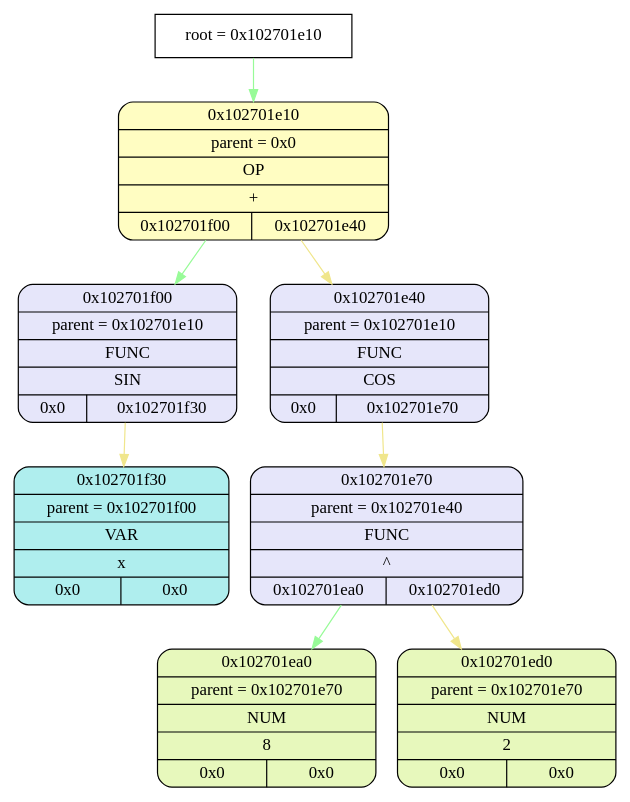
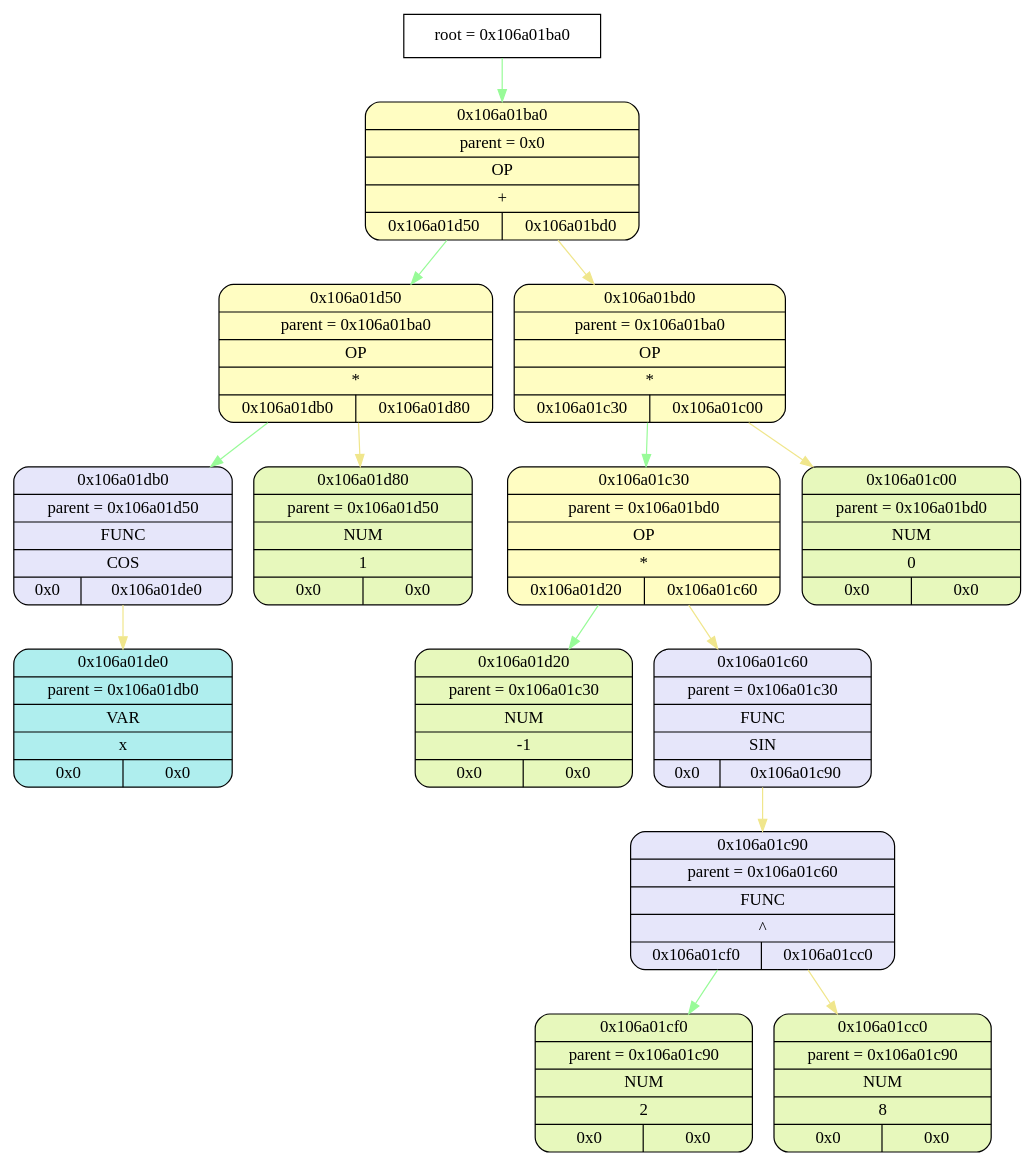
One commit to esgalimov/differentiator changed the diagram in tmp/graphviz.dot. Above: the diagram before and after it, drawn with Graphviz. The commit also changed 9 other files, not shown here.

```diff
--- a/tmp/graphviz.dot
+++ b/tmp/graphviz.dot
@@ -1,26 +1,44 @@
 digraph
 {
-    node_info[shape = record, label = "{root = 0x102701e10}"];
+    node_info[shape = record, label = "{root = 0x106a01ba0}"];
 
-    node_info->node_0x102701e10 [color = "#98FB98"];
-    node_0x102701e10[shape = Mrecord, label = "{{0x102701e10} | {parent =  0x0} | {OP} | {+} | {0x102701f00 | 0x102701e40}}",
+    node_info->node_0x106a01ba0 [color = "#98FB98"];
+    node_0x106a01ba0[shape = Mrecord, label = "{{0x106a01ba0} | {parent =  0x0} | {OP} | {+} | {0x106a01d50 | 0x106a01bd0}}",
                 style="filled", fillcolor="#FFFDC2"];
-    node_0x102701f00[shape = Mrecord, label = "{{0x102701f00} | {parent =  0x102701e10} | {FUNC} | {SIN} | {0x0 | 0x102701f30}}",
+    node_0x106a01d50[shape = Mrecord, label = "{{0x106a01d50} | {parent =  0x106a01ba0} | {OP} | {*} | {0x106a01db0 | 0x106a01d80}}",
+                style="filled", fillcolor="#FFFDC2"];
+    node_0x106a01db0[shape = Mrecord, label = "{{0x106a01db0} | {parent =  0x106a01d50} | {FUNC} | {COS} | {0x0 | 0x106a01de0}}",
                 style="filled", fillcolor="#E6E6FA"];
-    node_0x102701f30[shape = Mrecord, label = "{{0x102701f30} | {parent =  0x102701f00} | {VAR} | {x} | {0x0 | 0x0}}",
+    node_0x106a01de0[shape = Mrecord, label = "{{0x106a01de0} | {parent =  0x106a01db0} | {VAR} | {x} | {0x0 | 0x0}}",
                 style="filled", fillcolor="#AFEEEE"];
-    node_0x102701e40[shape = Mrecord, label = "{{0x102701e40} | {parent =  0x102701e10} | {FUNC} | {COS} | {0x0 | 0x102701e70}}",
+    node_0x106a01d80[shape = Mrecord, label = "{{0x106a01d80} | {parent =  0x106a01d50} | {NUM} | {1} | {0x0 | 0x0}}",
+                style="filled", fillcolor="#E7F8BC"];
+    node_0x106a01bd0[shape = Mrecord, label = "{{0x106a01bd0} | {parent =  0x106a01ba0} | {OP} | {*} | {0x106a01c30 | 0x106a01c00}}",
+                style="filled", fillcolor="#FFFDC2"];
+    node_0x106a01c30[shape = Mrecord, label = "{{0x106a01c30} | {parent =  0x106a01bd0} | {OP} | {*} | {0x106a01d20 | 0x106a01c60}}",
+                style="filled", fillcolor="#FFFDC2"];
+    node_0x106a01d20[shape = Mrecord, label = "{{0x106a01d20} | {parent =  0x106a01c30} | {NUM} | {-1} | {0x0 | 0x0}}",
+                style="filled", fillcolor="#E7F8BC"];
+    node_0x106a01c60[shape = Mrecord, label = "{{0x106a01c60} | {parent =  0x106a01c30} | {FUNC} | {SIN} | {0x0 | 0x106a01c90}}",
                 style="filled", fillcolor="#E6E6FA"];
-    node_0x102701e70[shape = Mrecord, label = "{{0x102701e70} | {parent =  0x102701e40} | {FUNC} | {^} | {0x102701ea0 | 0x102701ed0}}",
+    node_0x106a01c90[shape = Mrecord, label = "{{0x106a01c90} | {parent =  0x106a01c60} | {FUNC} | {^} | {0x106a01cf0 | 0x106a01cc0}}",
                 style="filled", fillcolor="#E6E6FA"];
-    node_0x102701ea0[shape = Mrecord, label = "{{0x102701ea0} | {parent =  0x102701e70} | {NUM} | {8} | {0x0 | 0x0}}",
+    node_0x106a01cf0[shape = Mrecord, label = "{{0x106a01cf0} | {parent =  0x106a01c90} | {NUM} | {2} | {0x0 | 0x0}}",
                 style="filled", fillcolor="#E7F8BC"];
-    node_0x102701ed0[shape = Mrecord, label = "{{0x102701ed0} | {parent =  0x102701e70} | {NUM} | {2} | {0x0 | 0x0}}",
+    node_0x106a01cc0[shape = Mrecord, label = "{{0x106a01cc0} | {parent =  0x106a01c90} | {NUM} | {8} | {0x0 | 0x0}}",
                 style="filled", fillcolor="#E7F8BC"];
-    node_0x102701e10->node_0x102701f00 [color = "#98FB98"];
-    node_0x102701f00->node_0x102701f30 [color = "#F0E68C"];
-    node_0x102701e10->node_0x102701e40 [color = "#F0E68C"];
-    node_0x102701e40->node_0x102701e70 [color = "#F0E68C"];
-    node_0x102701e70->node_0x102701ea0 [color = "#98FB98"];
-    node_0x102701e70->node_0x102701ed0 [color = "#F0E68C"];
+    node_0x106a01c00[shape = Mrecord, label = "{{0x106a01c00} | {parent =  0x106a01bd0} | {NUM} | {0} | {0x0 | 0x0}}",
+                style="filled", fillcolor="#E7F8BC"];
+    node_0x106a01ba0->node_0x106a01d50 [color = "#98FB98"];
+    node_0x106a01d50->node_0x106a01db0 [color = "#98FB98"];
+    node_0x106a01db0->node_0x106a01de0 [color = "#F0E68C"];
+    node_0x106a01d50->node_0x106a01d80 [color = "#F0E68C"];
+    node_0x106a01ba0->node_0x106a01bd0 [color = "#F0E68C"];
+    node_0x106a01bd0->node_0x106a01c30 [color = "#98FB98"];
+    node_0x106a01c30->node_0x106a01d20 [color = "#98FB98"];
+    node_0x106a01c30->node_0x106a01c60 [color = "#F0E68C"];
+    node_0x106a01c60->node_0x106a01c90 [color = "#F0E68C"];
+    node_0x106a01c90->node_0x106a01cf0 [color = "#98FB98"];
+    node_0x106a01c90->node_0x106a01cc0 [color = "#F0E68C"];
+    node_0x106a01bd0->node_0x106a01c00 [color = "#F0E68C"];
 }
```
